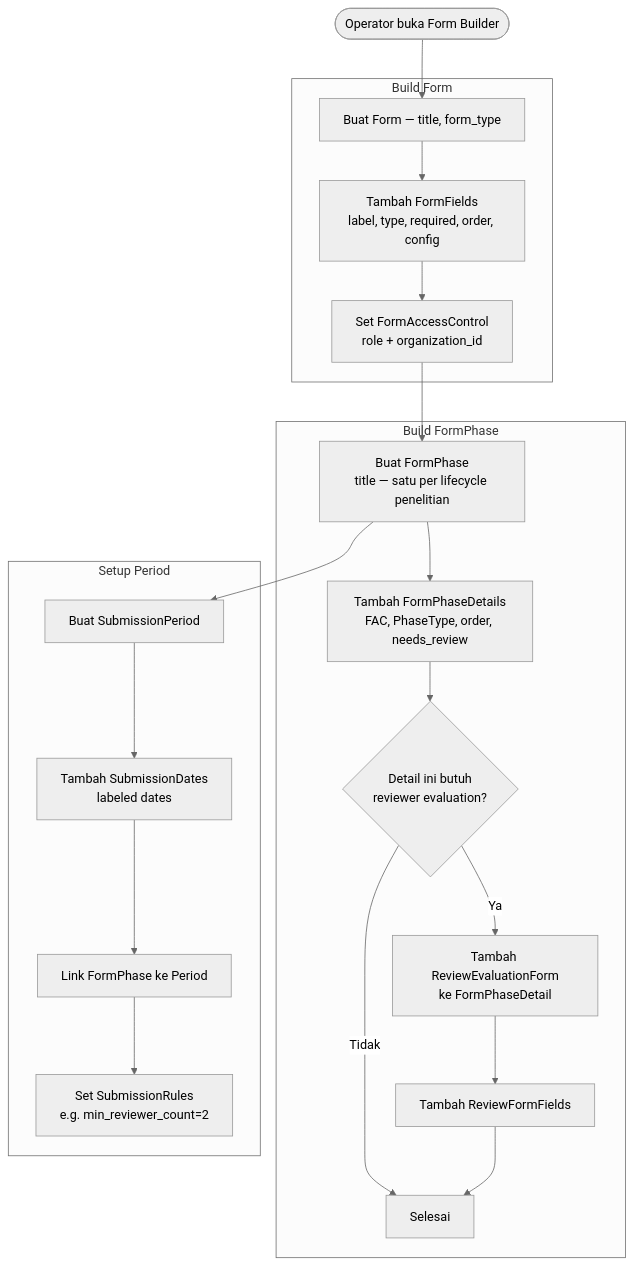
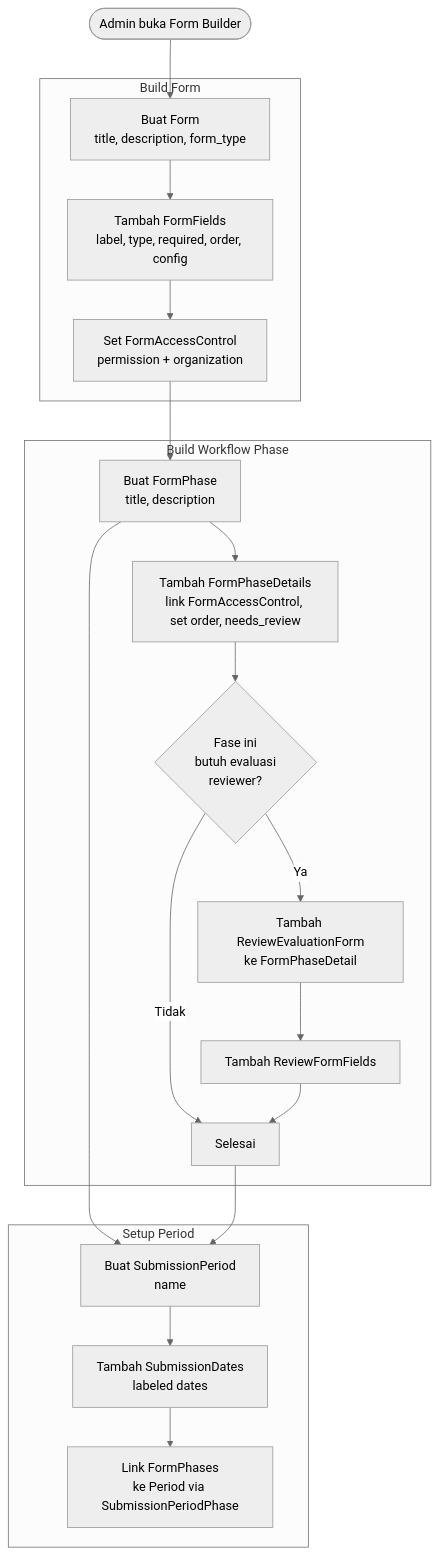
The first of 4 diagrams in docs/requirement-analysis/ddd/generic/01_form_engine.md (nas11ai/sim-kerjasama-itk), drawn with Mermaid (neutral theme) before and after one commit. The commit also changed other lines of this file and 1 other file, not shown here.

Commit message:
docs: add custom permission implementation in ddd

````diff
--- a/docs/requirement-analysis/ddd/generic/01_form_engine.md
+++ b/docs/requirement-analysis/ddd/generic/01_form_engine.md
@@ -37,29 +21,29 @@
 ```mermaid
 flowchart TD
-    START([Operator buka Form Builder]) --> A
+    START([Admin buka Form Builder]) --> A
 
     subgraph BUILD["Build Form"]
-        A[Buat Form — title, form_type]
+        A[Buat Form<br/>title, description, form_type]
         A --> B[Tambah FormFields<br/>label, type, required, order, config]
-        B --> C[Set FormAccessControl<br/>role + organization_id]
+        B --> C[Set FormAccessControl<br/>permission + organization]
     end
 
-    subgraph PHASE["Build FormPhase"]
-        D[Buat FormPhase<br/>title — satu per lifecycle penelitian]
-        D --> E[Tambah FormPhaseDetails<br/>FAC, PhaseType, order, needs_review]
-        E --> F{Detail ini butuh<br/>reviewer evaluation?}
+    subgraph PHASE["Build Workflow Phase"]
+        D[Buat FormPhase<br/>title, description]
+        D --> E[Tambah FormPhaseDetails<br/>link FormAccessControl, set order, needs_review]
+        E --> F{Fase ini<br/>butuh evaluasi<br/>reviewer?}
         F -->|Ya| G[Tambah ReviewEvaluationForm<br/>ke FormPhaseDetail]
         G --> H[Tambah ReviewFormFields]
         F -->|Tidak| I[Selesai]
         H --> I
     end
 
     subgraph PERIOD["Setup Period"]
-        J[Buat SubmissionPeriod]
+        J[Buat SubmissionPeriod<br/>name]
         J --> K[Tambah SubmissionDates<br/>labeled dates]
-        K --> L[Link FormPhase ke Period]
-        L --> M[Set SubmissionRules<br/>e.g. min_reviewer_count=2]
+        K --> L[Link FormPhases<br/>ke Period via SubmissionPeriodPhase]
     end
 
     C --> D --> J
+    I --> J
 ```
````
